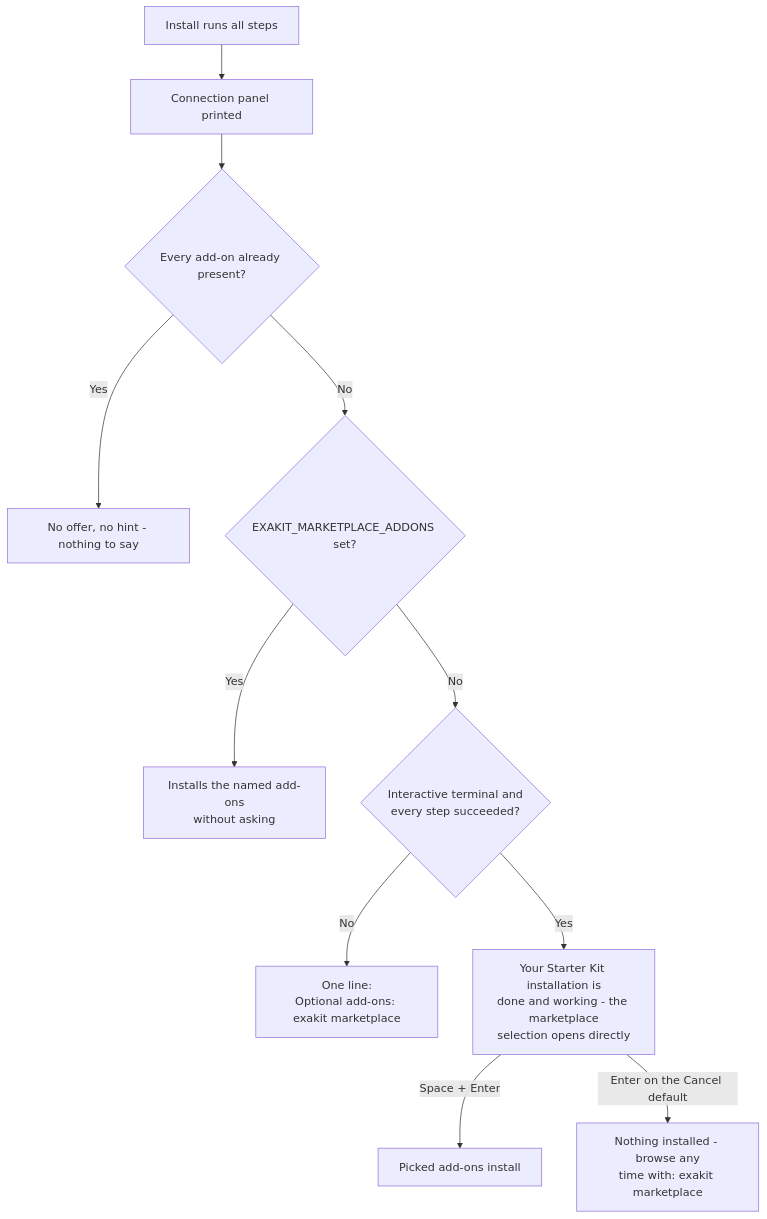
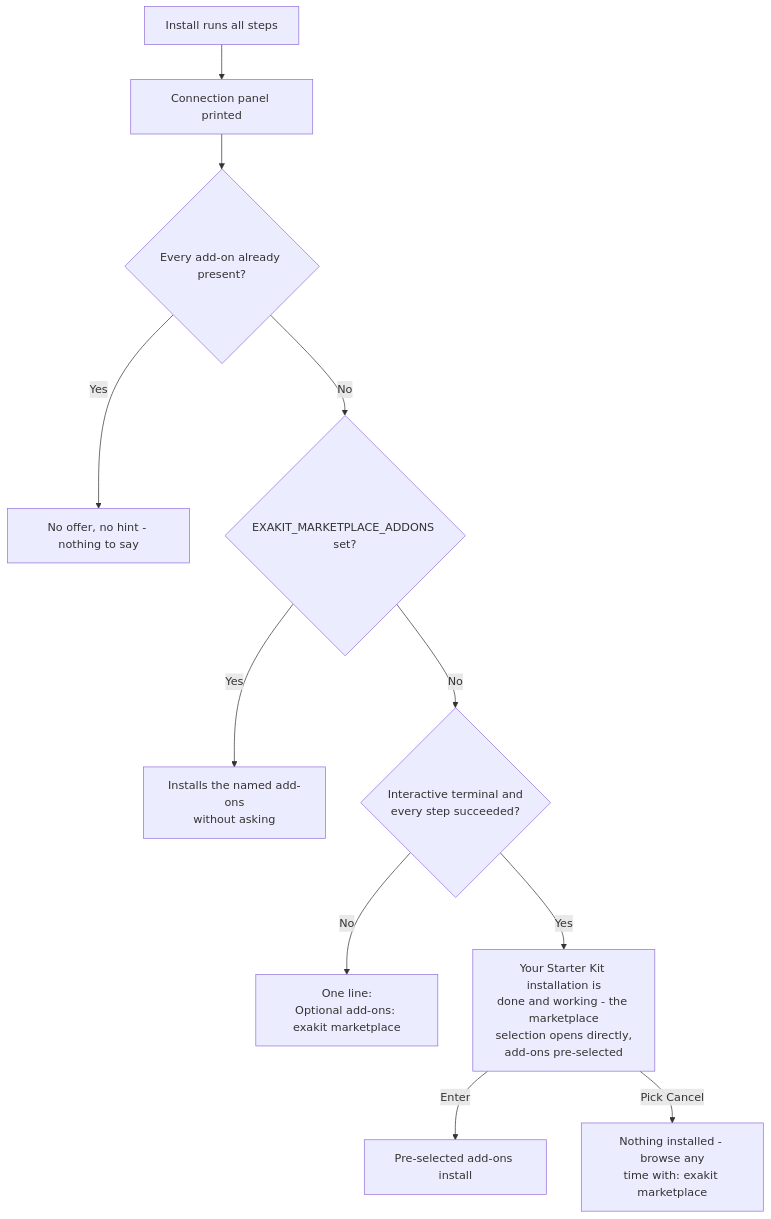
The second of 7 diagrams in MARKETPLACE-FLOWS.md (Sheetaldharshan200/update-path), drawn with Mermaid before and after one commit. The commit also changed other lines of this file and 3 other files, not shown here.

First line of the commit message:
Pre-select the available add-ons in the marketplace menu

````diff
--- a/MARKETPLACE-FLOWS.md
+++ b/MARKETPLACE-FLOWS.md
@@ -61,15 +61,15 @@
 ```mermaid
 flowchart TD
     A[Install runs all steps] --> B[Connection panel printed]
     B --> C{Every add-on already present?}
     C -->|Yes| D[No offer, no hint - nothing to say]
     C -->|No| E{EXAKIT_MARKETPLACE_ADDONS set?}
     E -->|Yes| F[Installs the named add-ons<br>without asking]
     E -->|No| G{Interactive terminal and<br>every step succeeded?}
     G -->|No| H[One line:<br>Optional add-ons: exakit marketplace]
-    G -->|Yes| I[Your Starter Kit installation is<br>done and working - the marketplace<br>selection opens directly]
-    I -->|Space + Enter| J[Picked add-ons install]
-    I -->|Enter on the Cancel default| K[Nothing installed - browse any<br>time with: exakit marketplace]
+    G -->|Yes| I[Your Starter Kit installation is<br>done and working - the marketplace<br>selection opens directly,<br>add-ons pre-selected]
+    I -->|Enter| J[Pre-selected add-ons install]
+    I -->|Pick Cancel| K[Nothing installed - browse any<br>time with: exakit marketplace]
 
     click J "#scenario-3-browsing-and-installing"
 ```
````
